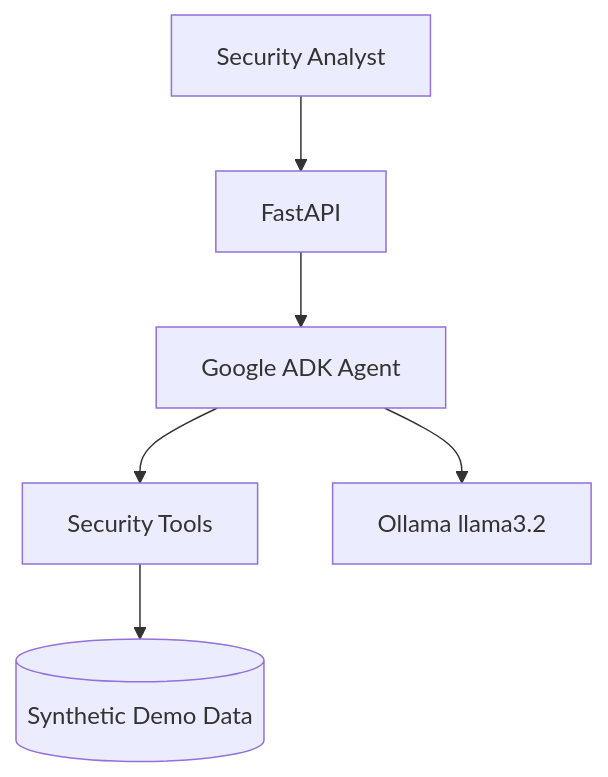
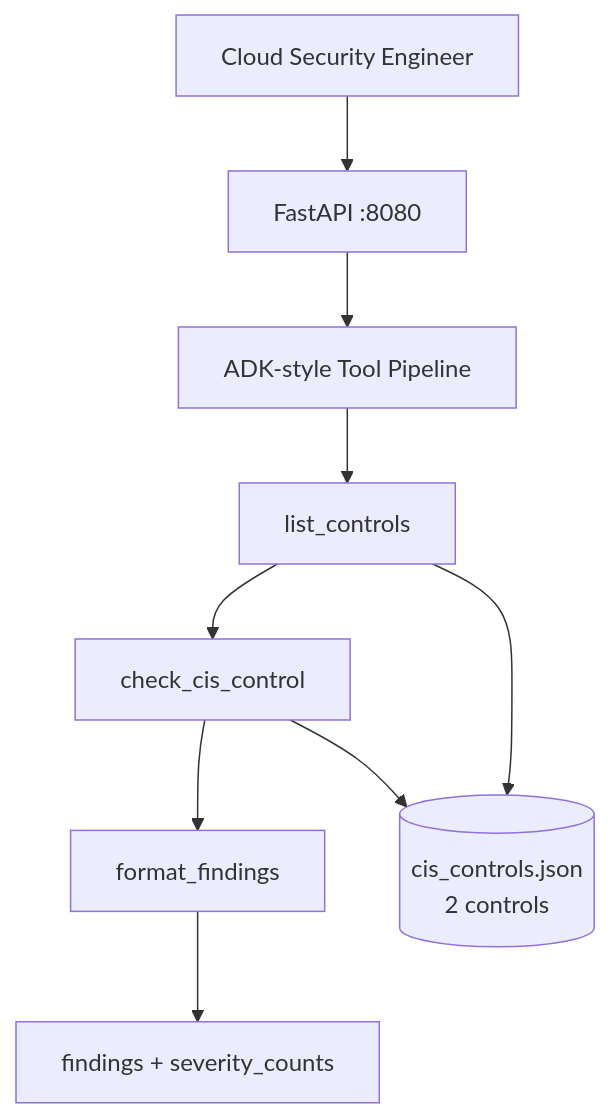
Before and after one commit to manja7304/cloud-posture-adk-agent: the first of 2 diagrams in README.md, drawn with Mermaid. The commit also changed other lines of this file, not shown here.

````diff
--- a/README.md
+++ b/README.md
@@ -15,8 +29,10 @@
 ```mermaid
 flowchart TB
-  User[Security Analyst] --> API[FastAPI]
-  API --> Agent[Google ADK Agent]
-  Agent --> Tools[Security Tools]
-  Agent --> LLM[Ollama llama3.2]
-  Tools --> DemoData[(Synthetic Demo Data)]
+  Engineer[Cloud Security Engineer] --> API[FastAPI :8080]
+  API --> Agent[ADK-style Tool Pipeline]
+  Agent --> List[list_controls]
+  List --> Check[check_cis_control]
+  Check --> Format[format_findings]
+  List & Check --> CIS[(cis_controls.json\n2 controls)]
+  Format --> Output[findings + severity_counts]
 ```
````
